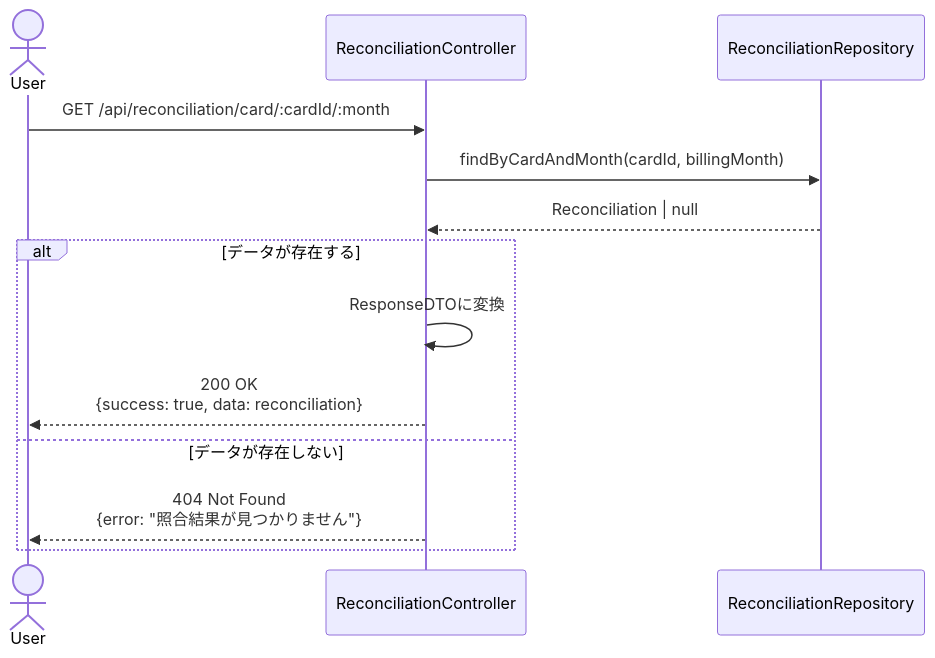
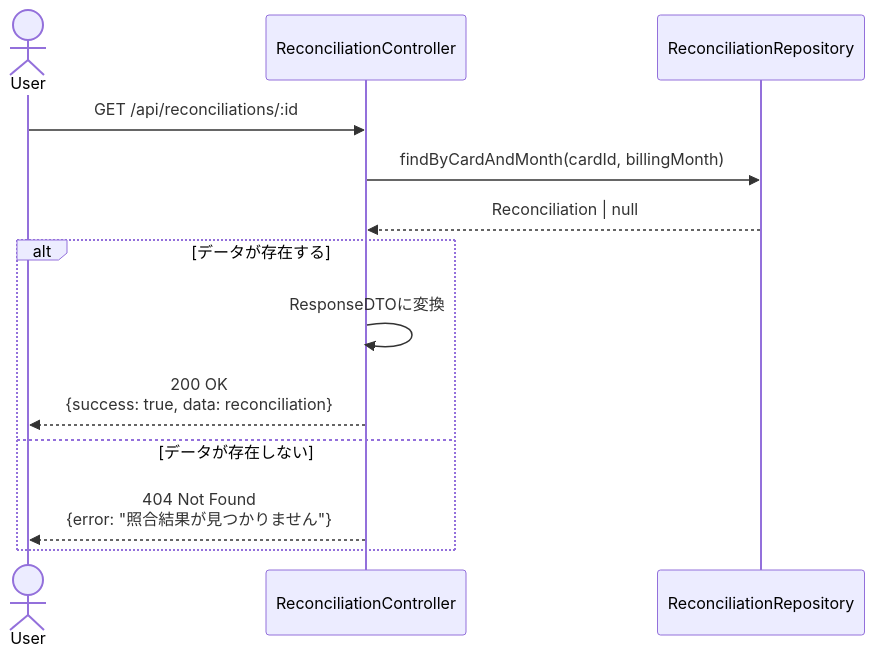
One commit to kencom2400/account-book changed the third of 10 diagrams in docs/detailed-design/FR-013_bank-withdrawal-reconciliation/sequence-diagrams.md. Above: the diagram before and after it, drawn with Mermaid. The commit also changed other lines of this file and 4 other files, not shown here.

````diff
--- a/docs/detailed-design/FR-013_bank-withdrawal-reconciliation/sequence-diagrams.md
+++ b/docs/detailed-design/FR-013_bank-withdrawal-reconciliation/sequence-diagrams.md
@@ -199,18 +196,18 @@
 ```mermaid
 sequenceDiagram
     actor User
     participant API as ReconciliationController
     participant RR as ReconciliationRepository
 
-    User->>API: GET /api/reconciliation/card/:cardId/:month
+    User->>API: GET /api/reconciliations/:id
 
     API->>RR: findByCardAndMonth(cardId, billingMonth)
     RR-->>API: Reconciliation | null
 
     alt データが存在する
         API->>API: ResponseDTOに変換
         API-->>User: 200 OK<br/>{success: true, data: reconciliation}
     else データが存在しない
         API-->>User: 404 Not Found<br/>{error: "照合結果が見つかりません"}
     end
 ```
````
